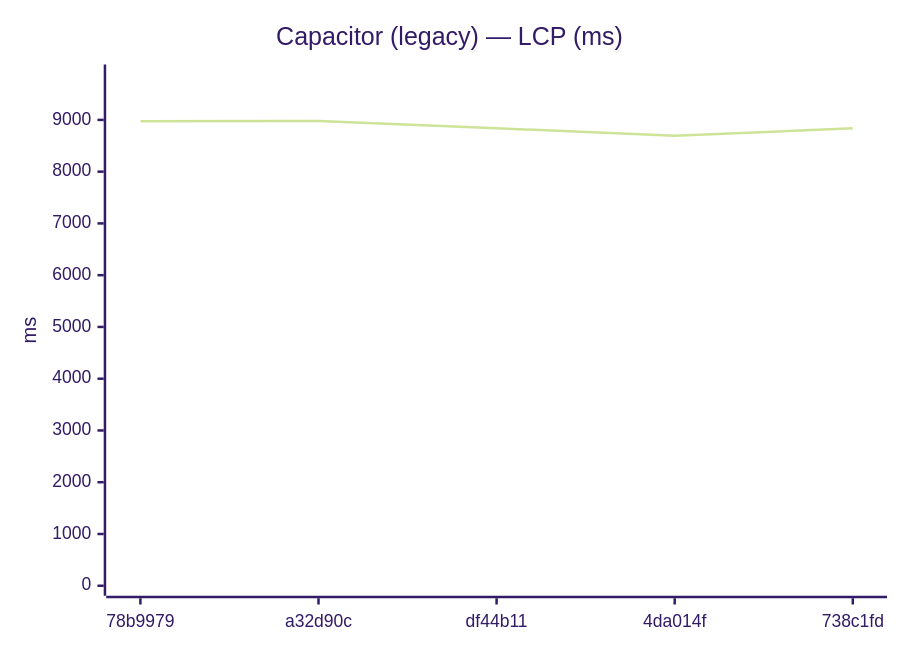
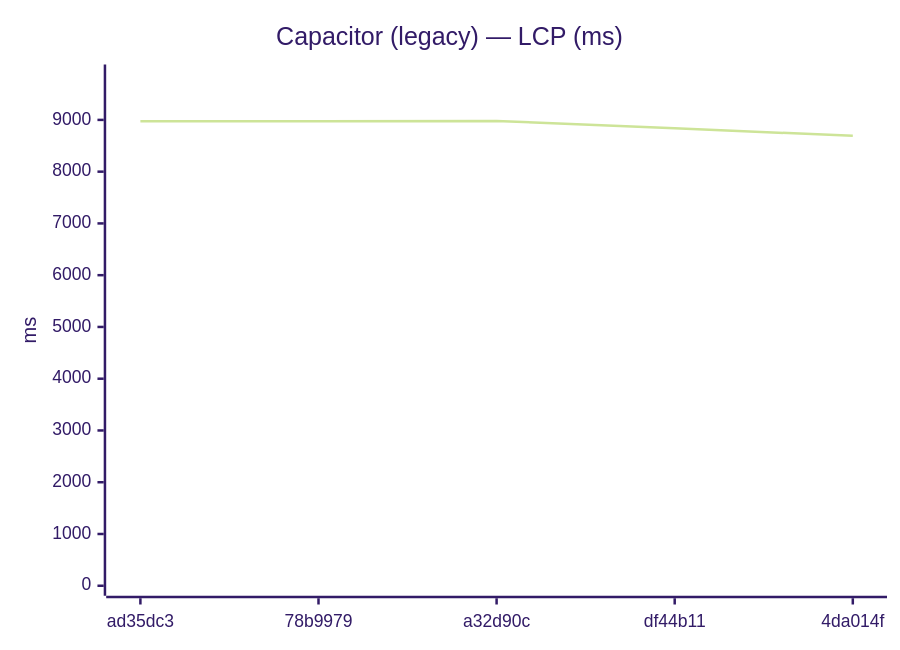
Before and after one commit to Metaheurist/Rianell: diagram 13 of 24 in benchmarks/compare.md, drawn with Mermaid (forest theme). The commit also changed other lines of this file and 12 other files, not shown here.

````diff
--- a/benchmarks/compare.md
+++ b/benchmarks/compare.md
@@ -194,7 +194,7 @@
 ```mermaid
 xychart-beta
     title "Capacitor (legacy) — LCP (ms)"
-    x-axis ["78b9979", "a32d90c", "df44b11", "4da014f", "738c1fd"]
+    x-axis ["ad35dc3", "78b9979", "a32d90c", "df44b11", "4da014f"]
     y-axis "ms" 0 --> 9877
-    line [8972, 8979, 8838, 8693, 8838]
+    line [8976, 8972, 8979, 8838, 8693]
 ```
````
